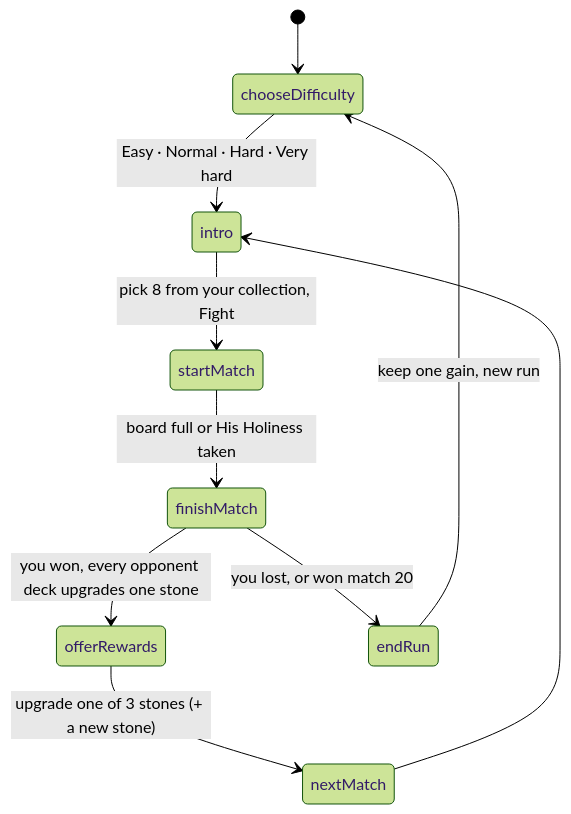
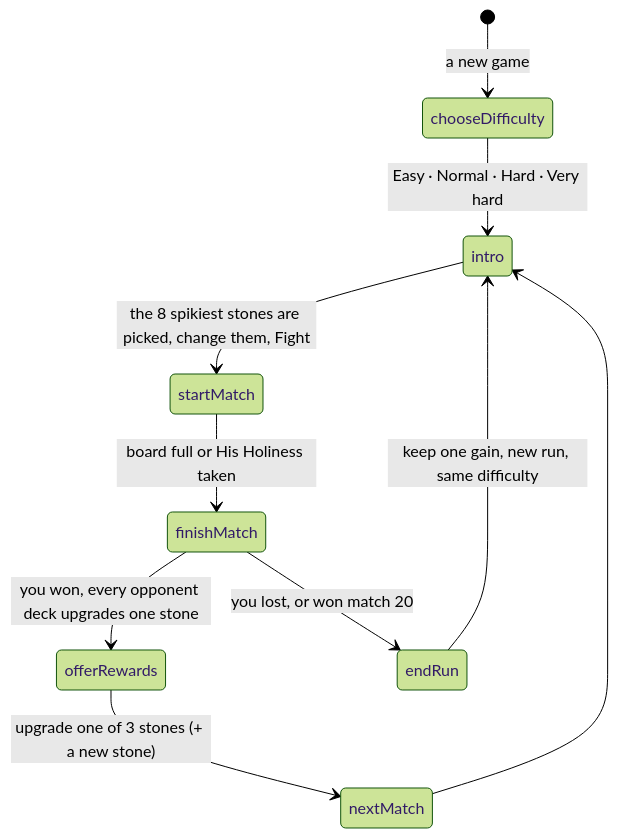
Before and after one commit to louisvandenbruwaene/rook-like: the eighth of 8 diagrams in README.md, drawn with Mermaid (forest theme). The commit also changed other lines of this file and 4 other files, not shown here.

First line of the commit message:
Rook-like: the deck picker starts on your 8 spikiest stones, and the difficulty is chosen once per game, not per run

````diff
--- a/README.md
+++ b/README.md
@@ -263,12 +263,12 @@
 ```mermaid
 stateDiagram-v2
-    [*] --> chooseDifficulty
+    [*] --> chooseDifficulty : a new game
     chooseDifficulty --> intro : Easy · Normal · Hard · Very hard
-    intro --> startMatch : pick 8 from your collection, Fight
+    intro --> startMatch : the 8 spikiest stones are picked, change them, Fight
     startMatch --> finishMatch : board full or His Holiness taken
     finishMatch --> offerRewards : you won, every opponent deck upgrades one stone
     offerRewards --> nextMatch : upgrade one of 3 stones (+ a new stone)
     nextMatch --> intro
     finishMatch --> endRun : you lost, or won match 20
-    endRun --> chooseDifficulty : keep one gain, new run
+    endRun --> intro : keep one gain, new run, same difficulty
 ```
````
